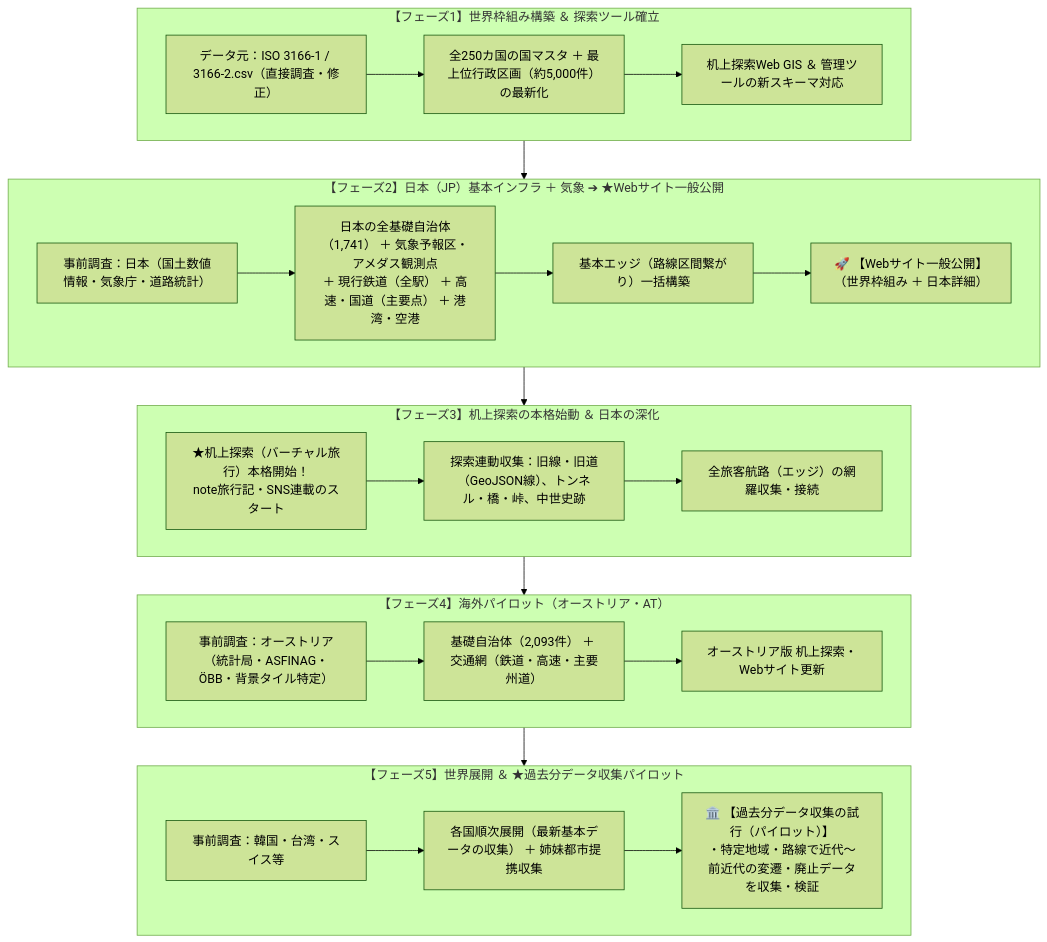
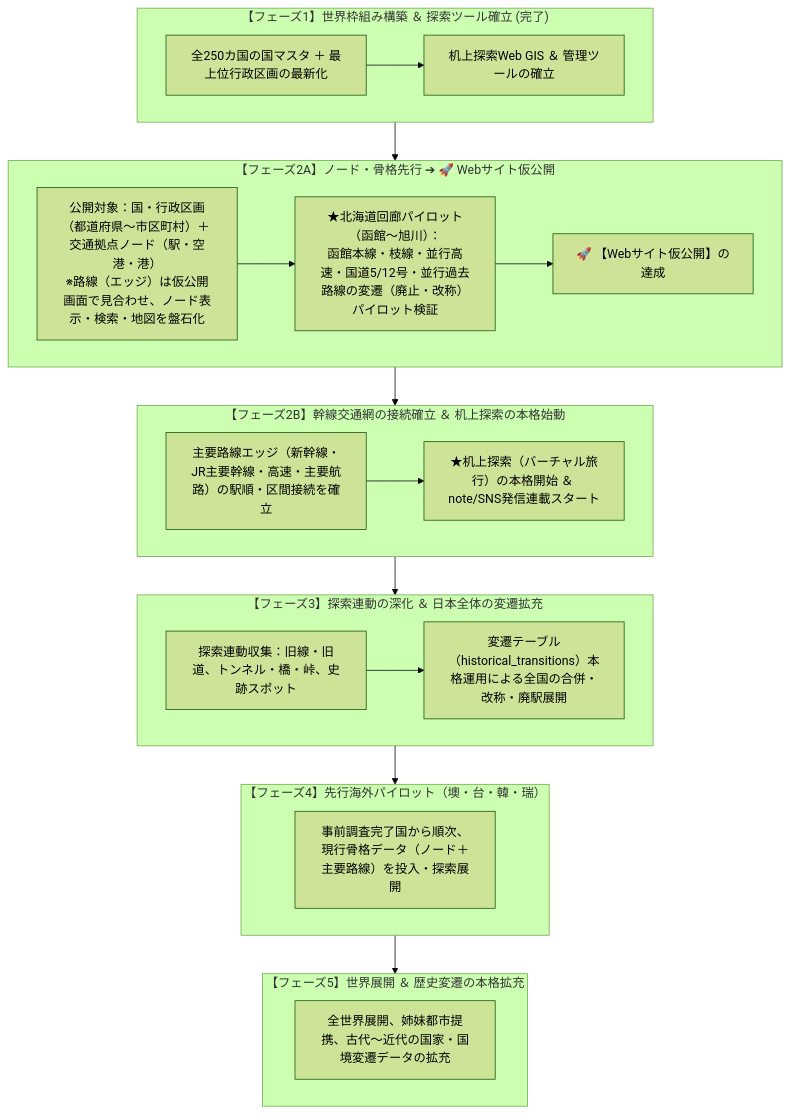
One commit to sasamichi/PJT_Main changed the diagram in docs/01_基本方針とロードマップ.md. Above: the diagram before and after it, drawn with Mermaid (forest theme). The commit also changed other lines of this file and 67 other files, not shown here.

````diff
--- a/docs/01_基本方針とロードマップ.md
+++ b/docs/01_基本方針とロードマップ.md
@@ -62,35 +62,33 @@
 ```mermaid
 flowchart TD
-    subgraph Phase1["【フェーズ1】世界枠組み構築 ＆ 探索ツール確立"]
-        P1_Source["データ元：ISO 3166-1 / 3166-2.csv（直接調査・修正）"]
-        --> P1_Collect["全250カ国の国マスタ ＋ 最上位行政区画（約5,000件）の最新化"]
-        --> P1_Tool["机上探索Web GIS ＆ 管理ツールの新スキーマ対応"]
+    subgraph Phase1["【フェーズ1】世界枠組み構築 ＆ 探索ツール確立 (完了)"]
+        P1_Collect["全250カ国の国マスタ ＋ 最上位行政区画の最新化"]
+        --> P1_Tool["机上探索Web GIS ＆ 管理ツールの確立"]
     end
 
-    subgraph Phase2["【フェーズ2】日本（JP）基本インフラ ＋ 気象 ➔ ★Webサイト一般公開"]
-        P2_Res["事前調査：日本（国土数値情報・気象庁・道路統計）"]
-        --> P2_Collect["日本の全基礎自治体（1,741） ＋ 気象予報区・アメダス観測点<br/>＋ 現行鉄道（全駅） ＋ 高速・国道（主要点） ＋ 港湾・空港"]
-        --> P2_Build["基本エッジ（路線区間繋がり）一括構築"]
-        --> P2_Pub["🚀 【Webサイト一般公開】（世界枠組み ＋ 日本詳細）"]
+    subgraph Phase2A["【フェーズ2A】ノード・骨格先行 ➔ 🚀 Webサイト仮公開"]
+        P2A_Scope["公開対象：国・行政区画（都道府県〜市区町村）＋ 交通拠点ノード（駅・空港・港）<br/>※路線（エッジ）は仮公開画面で見合わせ、ノード表示・検索・地図を盤石化"]
+        --> P2A_Pilot["★北海道回廊パイロット（函館〜旭川）：<br/>函館本線・枝線・並行高速・国道5/12号・並行過去路線の変遷（廃止・改称）パイロット検証"]
+        --> P2A_Pub["🚀 【Webサイト仮公開】の達成"]
     end
 
-    subgraph Phase3["【フェーズ3】机上探索の本格始動 ＆ 日本の深化"]
-        P3_Exp["★机上探索（バーチャル旅行）本格開始！<br/>note旅行記・SNS連載のスタート"]
-        --> P3_Add["探索連動収集：旧線・旧道（GeoJSON線）、トンネル・橋・峠、中世史跡"]
-        --> P3_Ferry["全旅客航路（エッジ）の網羅収集・接続"]
+    subgraph Phase2B["【フェーズ2B】幹線交通網の接続確立 ＆ 机上探索の本格始動"]
+        P2B_Edges["主要路線エッジ（新幹線・JR主要幹線・高速・主要航路）の駅順・区間接続を確立"]
+        --> P2B_Exp["★机上探索（バーチャル旅行）の本格開始 ＆ note/SNS発信連載スタート"]
     end
 
-    subgraph Phase4["【フェーズ4】海外パイロット（オーストリア・AT）"]
-        P4_Res["事前調査：オーストリア（統計局・ASFINAG・ÖBB・背景タイル特定）"]
-        --> P4_Collect["基礎自治体（2,093件） ＋ 交通網（鉄道・高速・主要州道）"]
-        --> P4_Exp["オーストリア版 机上探索・Webサイト更新"]
+    subgraph Phase3["【フェーズ3】探索連動の深化 ＆ 日本全体の変遷拡充"]
+        P3_Add["探索連動収集：旧線・旧道、トンネル・橋・峠、史跡スポット"]
+        --> P3_Trans["変遷テーブル（historical_transitions）本格運用による全国の合併・改称・廃駅展開"]
     end
 
-    subgraph Phase5["【フェーズ5】世界展開 ＆ ★過去分データ収集パイロット"]
-        P5_Res["事前調査：韓国・台湾・スイス等"]
-        --> P5_Global["各国順次展開（最新基本データの収集） ＋ 姉妹都市提携収集"]
-        --> P5_Past["🏛️ 【過去分データ収集の試行（パイロット）】<br/>・特定地域・路線で近代〜前近代の変遷・廃止データを収集・検証"]
+    subgraph Phase4["【フェーズ4】先行海外パイロット（墺・台・韓・瑞）"]
+        P4_Global["事前調査完了国から順次、現行骨格データ（ノード＋主要路線）を投入・探索展開"]
     end
 
-    Phase1 --> Phase2 --> Phase3 --> Phase4 --> Phase5
+    subgraph Phase5["【フェーズ5】世界展開 ＆ 歴史変遷の本格拡充"]
+        P5_Full["全世界展開、姉妹都市提携、古代〜近代の国家・国境変遷データの拡充"]
+    end
+
+    Phase1 --> Phase2A --> Phase2B --> Phase3 --> Phase4 --> Phase5
 ```
````
